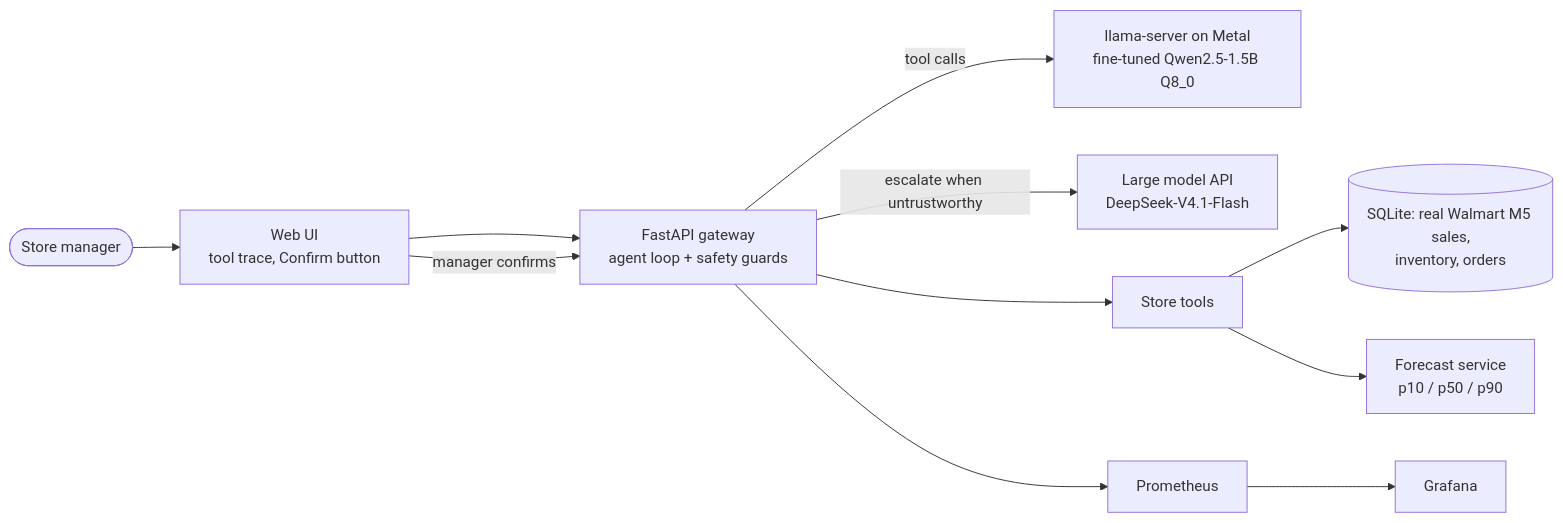
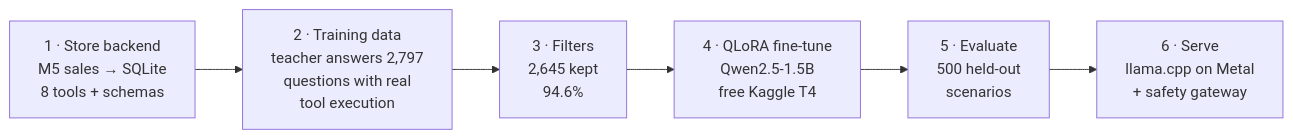
One commit to meanderinghuman/storeops-copilot changed the second of 2 diagrams in README.md. Above: the diagram before and after it, drawn with Mermaid. The commit also changed other lines of this file, not shown here.

````diff
--- a/README.md
+++ b/README.md
@@ -72,12 +103,8 @@
 ```mermaid
 flowchart LR
-  M([Store manager]) --> UI[Web UI<br/>tool trace, Confirm button]
-  UI --> GW[FastAPI gateway<br/>agent loop + safety guards]
-  GW -->|tool calls| LLM[llama-server on Metal<br/>fine-tuned Qwen2.5-1.5B Q8_0]
-  GW -->|escalate when untrustworthy| API[Large model API<br/>DeepSeek-V4.1-Flash]
-  GW --> TOOLS[Store tools]
-  TOOLS --> DB[(SQLite: real Walmart M5 sales,<br/>inventory, orders)]
-  TOOLS --> FC[Forecast service<br/>p10 / p50 / p90]
-  GW --> PROM[Prometheus] --> GRAF[Grafana]
-  UI -->|manager confirms| GW
+  A[1 · Store backend<br/>M5 sales → SQLite<br/>8 tools + schemas] --> B[2 · Training data<br/>teacher answers 2,797<br/>questions with real<br/>tool execution]
+  B --> C[3 · Filters<br/>2,645 kept<br/>94.6%]
+  C --> D[4 · QLoRA fine-tune<br/>Qwen2.5-1.5B<br/>free Kaggle T4]
+  D --> E[5 · Evaluate<br/>500 held-out<br/>scenarios]
+  E --> F[6 · Serve<br/>llama.cpp on Metal<br/>+ safety gateway]
 ```
````
